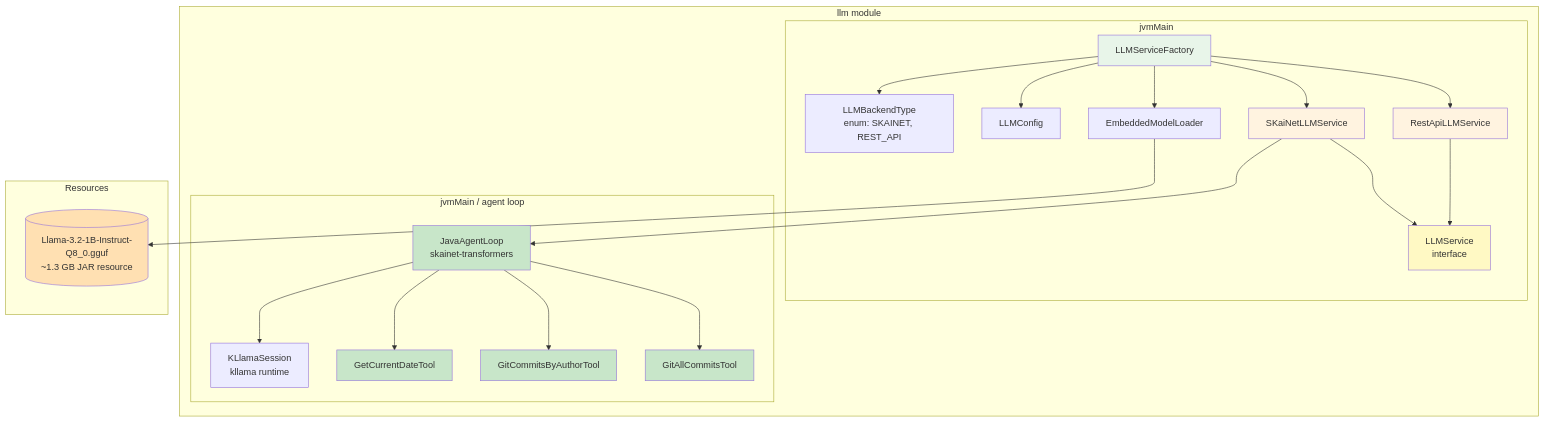
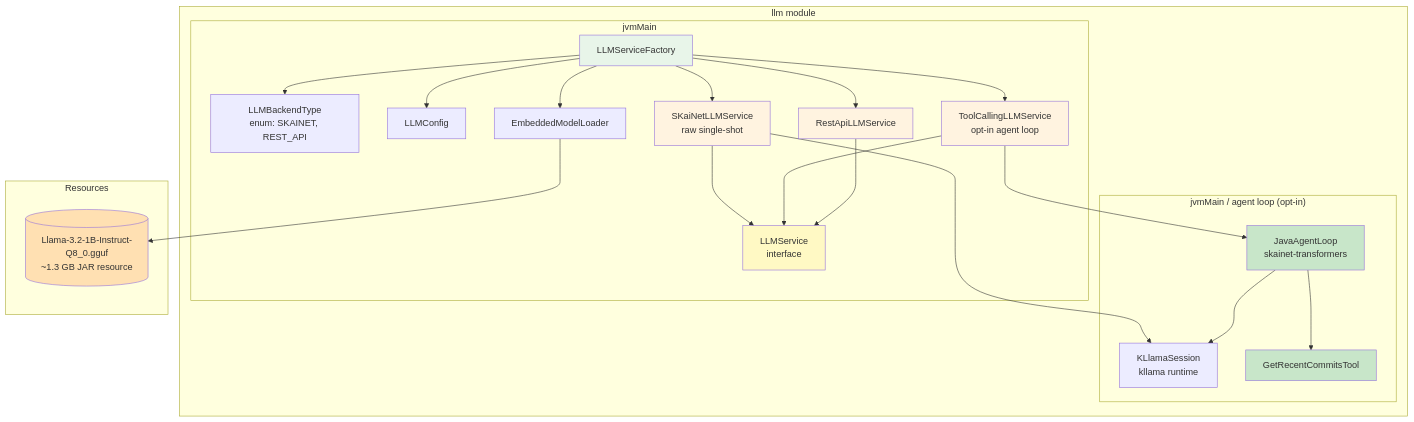
The second of 7 diagrams in docs/modules/architecture/pages/05-building-block-view.adoc (michalharakal/Daily-StandAPP), drawn with Mermaid before and after one commit. The commit also changed other lines of this file and 32 other files, not shown here.

```diff
--- a/docs/modules/architecture/pages/05-building-block-view.adoc
+++ b/docs/modules/architecture/pages/05-building-block-view.adoc
@@ -114,51 +119,50 @@
 [mermaid]
 ----
 graph TB
     subgraph "llm module"
         subgraph "jvmMain"
             FACTORY[LLMServiceFactory]
             BACKEND[LLMBackendType<br/>enum: SKAINET, REST_API]
             LCONFIG[LLMConfig]
             SERVICE[LLMService<br/>interface]
             REST[RestApiLLMService]
-            SKLLM[SKaiNetLLMService]
+            SKLLM[SKaiNetLLMService<br/>raw single-shot]
+            TCLLM[ToolCallingLLMService<br/>opt-in agent loop]
             EML[EmbeddedModelLoader]
         end
 
-        subgraph "jvmMain / agent loop"
+        subgraph "jvmMain / agent loop (opt-in)"
             AGENT[JavaAgentLoop<br/>skainet-transformers]
             SESS[KLlamaSession<br/>kllama runtime]
-            T1[GetCurrentDateTool]
-            T2[GitCommitsByAuthorTool]
-            T3[GitAllCommitsTool]
+            TOOL[GetRecentCommitsTool]
         end
     end
 
     subgraph "Resources"
         GGUF[(Llama-3.2-1B-Instruct-Q8_0.gguf<br/>~1.3 GB JAR resource)]
     end
 
     FACTORY --> BACKEND
     FACTORY --> LCONFIG
     FACTORY --> SKLLM
+    FACTORY --> TCLLM
     FACTORY --> REST
     FACTORY --> EML
     EML --> GGUF
     SKLLM --> SERVICE
+    TCLLM --> SERVICE
     REST --> SERVICE
-    SKLLM --> AGENT
+    SKLLM --> SESS
+    TCLLM --> AGENT
     AGENT --> SESS
-    AGENT --> T1
-    AGENT --> T2
-    AGENT --> T3
+    AGENT --> TOOL
 
     style SERVICE fill:#fff9c4
     style FACTORY fill:#e8f5e9
     style SKLLM fill:#fff3e0
+    style TCLLM fill:#fff3e0
     style REST fill:#fff3e0
     style AGENT fill:#c8e6c9
-    style T1 fill:#c8e6c9
-    style T2 fill:#c8e6c9
-    style T3 fill:#c8e6c9
+    style TOOL fill:#c8e6c9
     style GGUF fill:#ffe0b2
 ----
```
